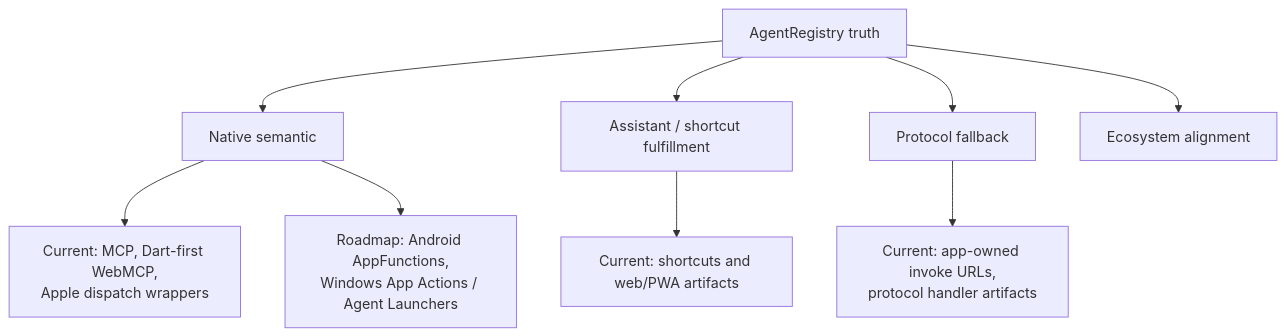
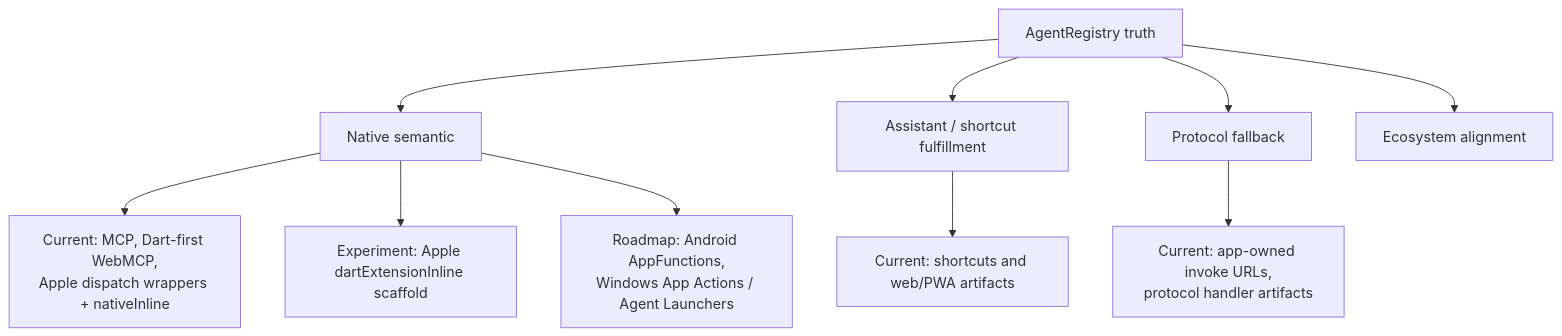
The diagram in docs/NORTH_STAR.mdx (Arenukvern/intentcall), drawn with Mermaid before and after one commit. The commit also changed other lines of this file and 37 other files, not shown here.

Commit message:
feat(intentcall_platform): add Apple inline runtime proof scaffolds

````diff
--- a/docs/NORTH_STAR.mdx
+++ b/docs/NORTH_STAR.mdx
@@ -17,11 +17,12 @@
 ```mermaid
 flowchart TB
   registry["AgentRegistry truth"] --> native["Native semantic"]
   registry --> assistant["Assistant / shortcut fulfillment"]
   registry --> fallback["Protocol fallback"]
   registry --> ecosystem["Ecosystem alignment"]
-  native --> nativeNow["Current: MCP, Dart-first WebMCP,\nApple dispatch wrappers"]
+  native --> nativeNow["Current: MCP, Dart-first WebMCP,\nApple dispatch wrappers + nativeInline"]
+  native --> nativeExperiment["Experiment: Apple dartExtensionInline scaffold"]
   native --> nativeLater["Roadmap: Android AppFunctions,\nWindows App Actions / Agent Launchers"]
   assistant --> assistantNow["Current: shortcuts and web/PWA artifacts"]
   fallback --> fallbackNow["Current: app-owned invoke URLs,\nprotocol handler artifacts"]
 ```
````
